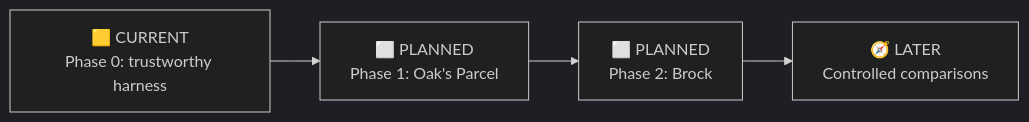
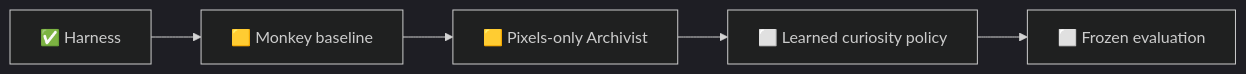
One commit to PeteAndrews1289/pokemon-red-ai changed the first of 2 diagrams in docs/index.md. Above: the diagram before and after it, drawn with Mermaid (dark theme). The commit also changed other lines of this file and 17 other files, not shown here.

Commit message:
Add pixels-only blind curiosity experiments

````diff
--- a/docs/index.md
+++ b/docs/index.md
@@ -35,6 +36,7 @@
 ```mermaid
 flowchart LR
-    A["🟨 CURRENT<br/>Phase 0: trustworthy harness"] --> B["⬜ PLANNED<br/>Phase 1: Oak's Parcel"]
-    B --> C["⬜ PLANNED<br/>Phase 2: Brock"]
-    C --> D["🧭 LATER<br/>Controlled comparisons"]
+    A["✅ Harness"] --> B["🟨 Monkey baseline"]
+    B --> C["🟨 Pixels-only Archivist"]
+    C --> D["⬜ Learned curiosity policy"]
+    D --> E["⬜ Frozen evaluation"]
 ```
````
